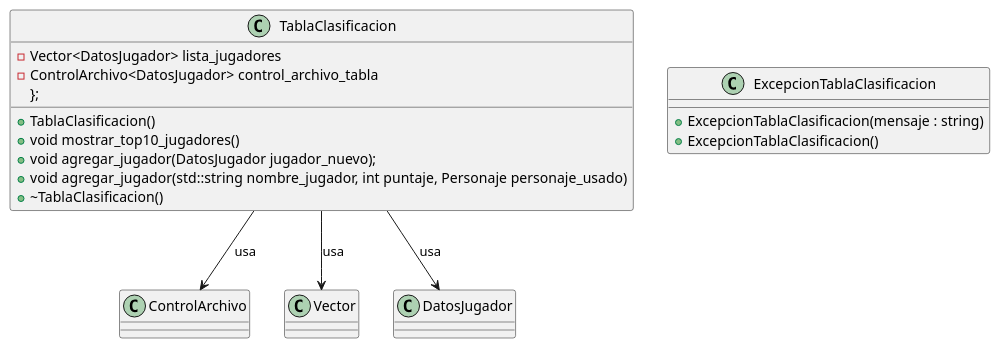
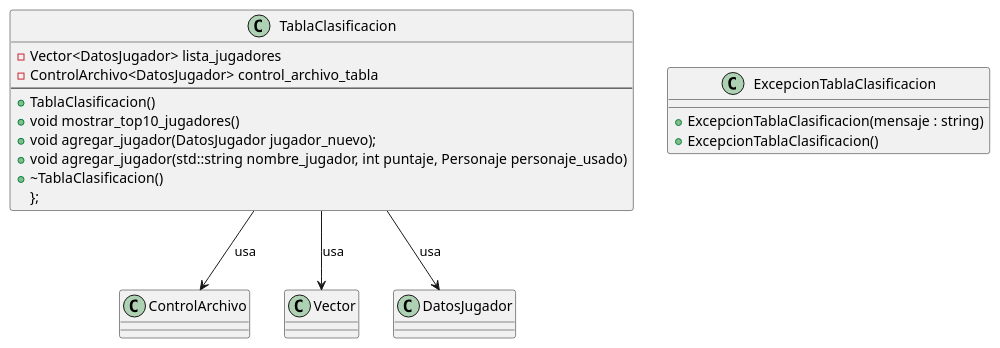
The diagram in Diagramas-UML/TablaClasificacion.puml (guillsil/Transformers-Game), drawn with PlantUML before and after one commit. The commit also changed 3 other files, not shown here.

Commit message:
Agregando lineas divisoras entre publico privado UML

```diff
--- a/Diagramas-UML/TablaClasificacion.puml
+++ b/Diagramas-UML/TablaClasificacion.puml
@@ -1,27 +1,28 @@
 @startuml
 'https://plantuml.com/class-diagram
 class ControlArchivo
 class Vector
 class DatosJugador
 
 class ExcepcionTablaClasificacion {
     + ExcepcionTablaClasificacion(mensaje : string)
     + ExcepcionTablaClasificacion()
 }
 
 class TablaClasificacion{
     - Vector<DatosJugador> lista_jugadores
     - ControlArchivo<DatosJugador> control_archivo_tabla
+    ---
     + TablaClasificacion()
     + void mostrar_top10_jugadores()
     + void agregar_jugador(DatosJugador jugador_nuevo);
     + void agregar_jugador(std::string nombre_jugador, int puntaje, Personaje personaje_usado)
     + ~TablaClasificacion()
 };    
 }
 
 ' Relaciones
 TablaClasificacion --> Vector : "usa"
 TablaClasificacion --> ControlArchivo : "usa"
 TablaClasificacion --> DatosJugador : "usa"
 @enduml
```
